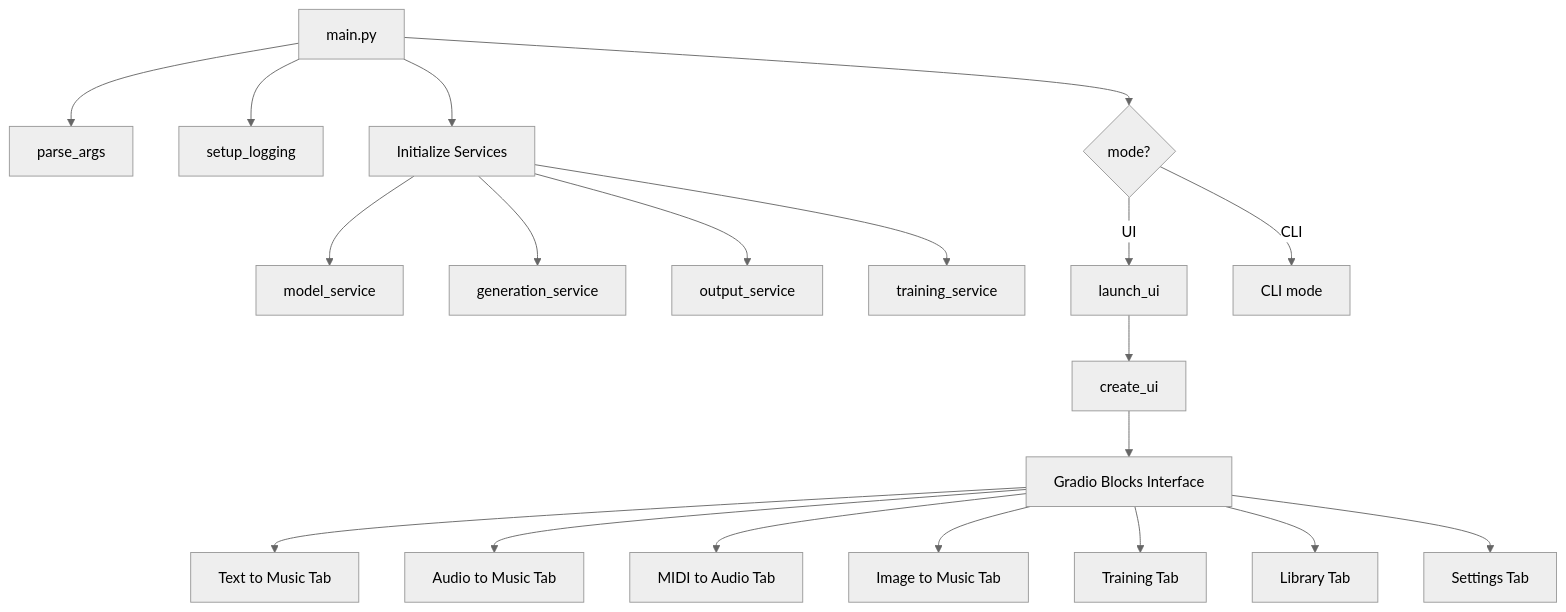
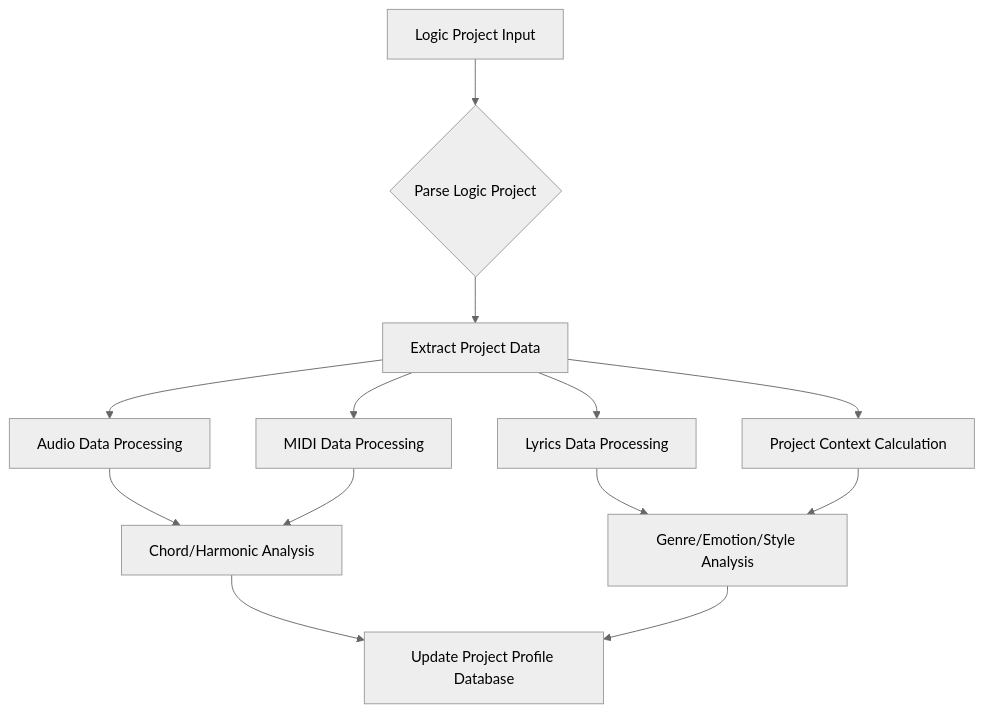
The first of 13 diagrams in .cursor/rules/flows.mdc (yavuztopsever/disco-musica), drawn with Mermaid (neutral theme) before and after one commit. The commit also changed other lines of this file and 87 other files, not shown here.

Commit message:
layer architecture implementation

````diff
--- a/.cursor/rules/flows.mdc
+++ b/.cursor/rules/flows.mdc
@@ -27,22 +158,15 @@
 ```mermaid
-flowchart TD
-    A[main.py] --> B[parse_args]
-    A --> C[setup_logging]
-    A --> D[Initialize Services]
-    D --> D1[model_service]
-    D --> D2[generation_service]
-    D --> D3[output_service]
-    D --> D4[training_service]
-    A --> E{mode?}
-    E -->|UI| F[launch_ui]
-    E -->|CLI| G[CLI mode]
-    F --> H[create_ui]
-    H --> I[Gradio Blocks Interface]
-    I --> J1[Text to Music Tab]
-    I --> J2[Audio to Music Tab]
-    I --> J3[MIDI to Audio Tab]
-    I --> J4[Image to Music Tab]
-    I --> J5[Training Tab]
-    I --> J6[Library Tab]
-    I --> J7[Settings Tab]
+graph TD
+    A[Logic Project Input] --> B{Parse Logic Project};
+    B --> C[Extract Project Data];
+    C --> D[Audio Data Processing];
+    C --> E[MIDI Data Processing];
+    C --> F[Lyrics Data Processing];
+    C --> G[Project Context Calculation];
+    D --> H[Chord/Harmonic Analysis];
+    E --> H;
+    F --> I[Genre/Emotion/Style Analysis];
+    G --> I;
+    H --> J[Update Project Profile Database];
+    I --> J;
 ```
````
